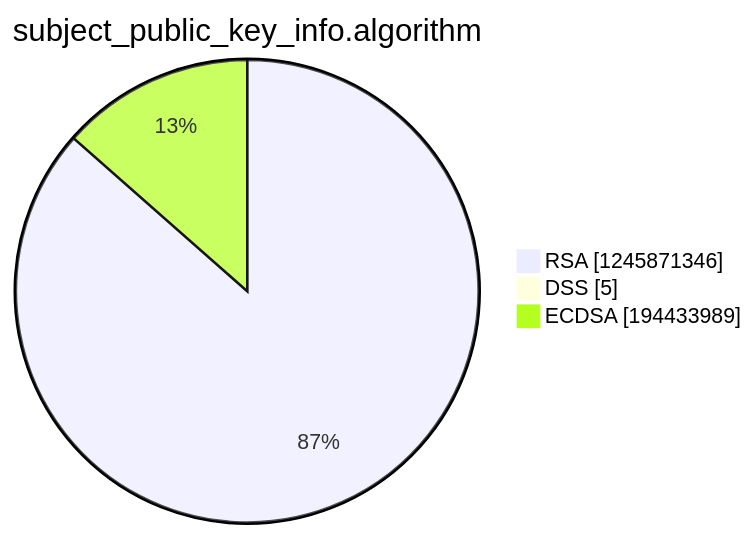
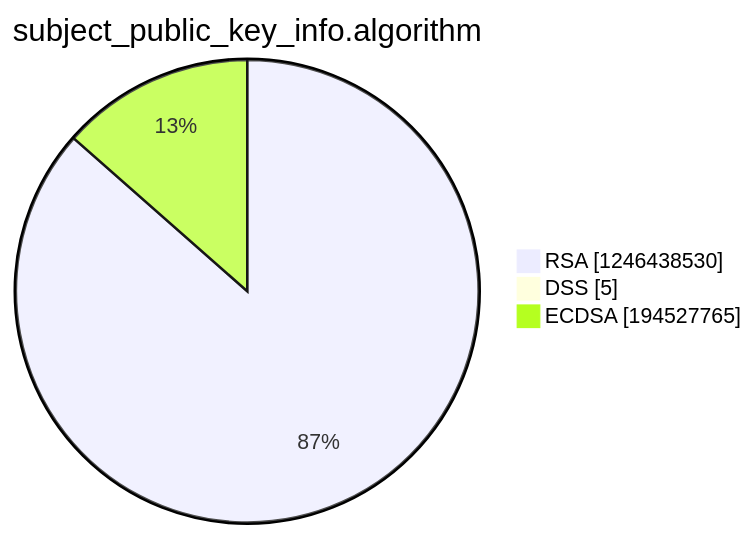
One commit to christiankrug/ctmonitor_visualization changed the third of 15 diagrams in argon2022/README.md. Above: the diagram before and after it, drawn with Mermaid. The commit also changed other lines of this file, not shown here.

````diff
--- a/argon2022/README.md
+++ b/argon2022/README.md
@@ -14,7 +14,7 @@
 ```mermaid
 pie showData
 title subject_public_key_info.algorithm
-"RSA" :1245871346
+"RSA" :1246438530
 "DSS" :5
-"ECDSA" :194433989
+"ECDSA" :194527765
 ```
````
